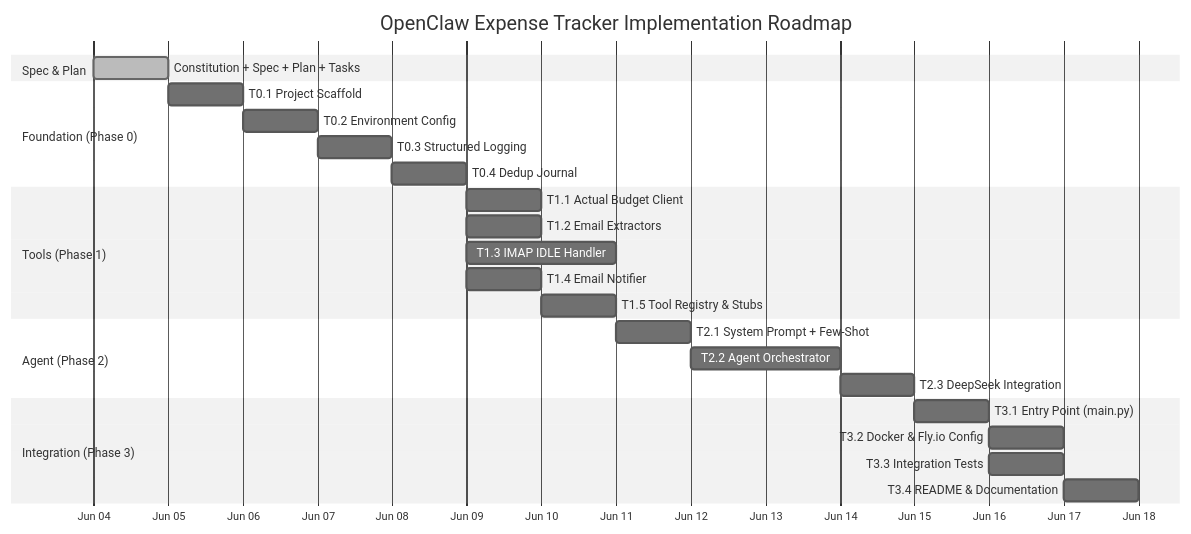
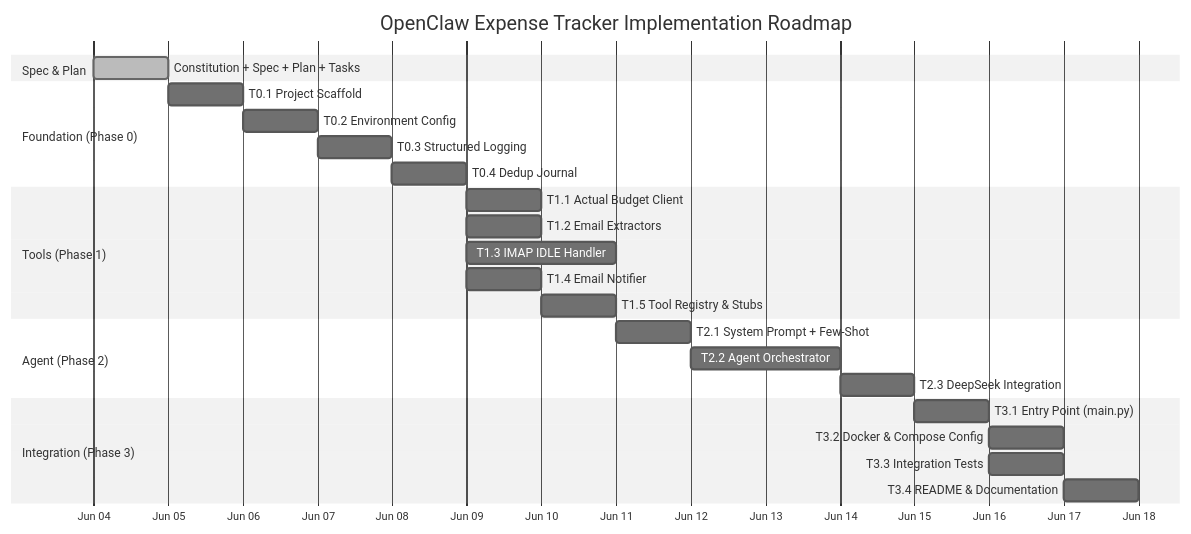
Before and after one commit to darrencjh8/darren-openclaw: the ninth of 9 diagrams in design.md, drawn with Mermaid (neutral theme). The commit also changed other lines of this file and 7 other files, not shown here.

First line of the commit message:
fix: align architecture docs with Docker Compose + Zoho deployment

````diff
--- a/design.md
+++ b/design.md
@@ -660,33 +665,33 @@
 ```mermaid
 gantt
     title OpenClaw Expense Tracker Implementation Roadmap
     dateFormat  YYYY-MM-DD
     axisFormat  %b %d
     
     section Spec & Plan
     Constitution + Spec + Plan + Tasks    :done, spec, 2026-06-04, 1d
     
     section Foundation (Phase 0)
     T0.1 Project Scaffold                  :t01, after spec, 0.5d
     T0.2 Environment Config                :t02, after t01, 0.5d
     T0.3 Structured Logging                :t03, after t02, 0.5d
     T0.4 Dedup Journal                     :t04, after t03, 0.5d
     
     section Tools (Phase 1)
     T1.1 Actual Budget Client              :t11, after t04, 1d
     T1.2 Email Extractors                  :t12, after t04, 1d
     T1.3 IMAP IDLE Handler                 :t13, after t04, 1.5d
     T1.4 Email Notifier                    :t14, after t04, 0.5d
     T1.5 Tool Registry & Stubs             :t15, after t11, 1d
     
     section Agent (Phase 2)
     T2.1 System Prompt + Few-Shot          :t21, after t15, 0.5d
     T2.2 Agent Orchestrator                :t22, after t21, 1.5d
     T2.3 DeepSeek Integration              :t23, after t22, 0.5d
     
     section Integration (Phase 3)
     T3.1 Entry Point (main.py)             :t31, after t23, 1d
-    T3.2 Docker & Fly.io Config            :t32, after t31, 0.5d
+    T3.2 Docker & Compose Config            :t32, after t31, 0.5d
     T3.3 Integration Tests                 :t33, after t31, 1d
     T3.4 README & Documentation            :t34, after t32, 0.5d
 ```
````
